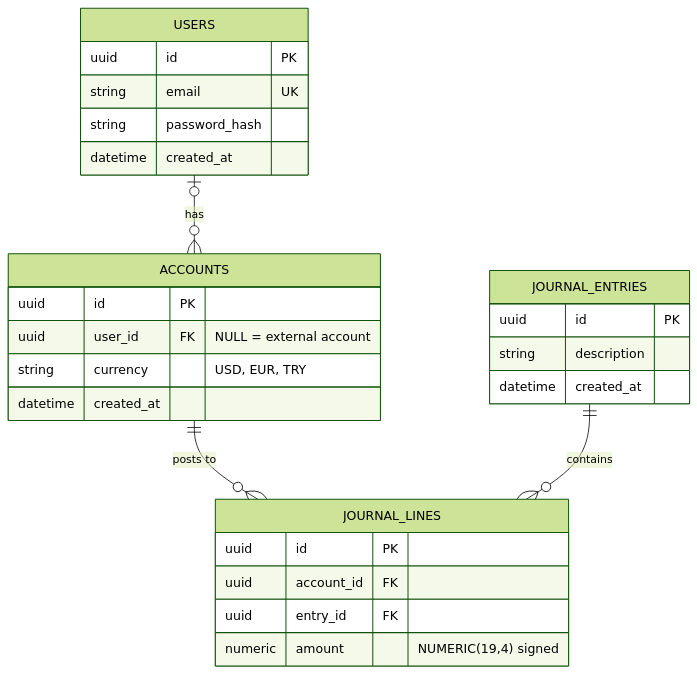
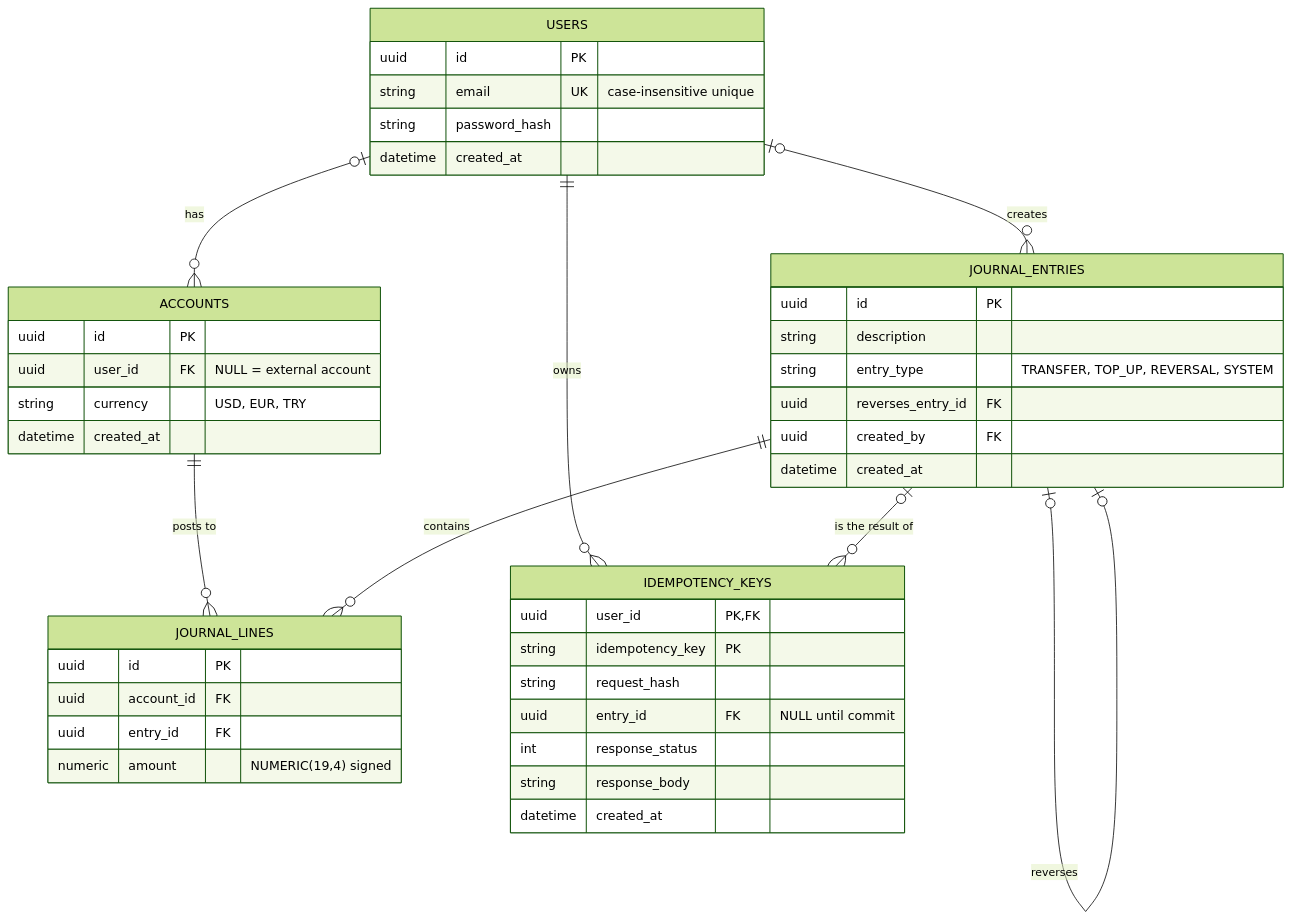
One commit to Sametkorkmazz/wallet-ledger changed the diagram in README.md. Above: the diagram before and after it, drawn with Mermaid (forest theme). The commit also changed other lines of this file and 1 other file, not shown here.

First line of the commit message:
docs: update README and ADR 2 for the V5 schema (#72)

````diff
--- a/README.md
+++ b/README.md
@@ -90,31 +94,46 @@
 ```mermaid
-
 erDiagram
-    USERS |o--o{ ACCOUNTS: has
-    ACCOUNTS ||--o{ JOURNAL_LINES: "posts to"
-    JOURNAL_ENTRIES ||--o{ JOURNAL_LINES: contains
+    USERS |o--o{ ACCOUNTS : has
+    ACCOUNTS ||--o{ JOURNAL_LINES : "posts to"
+    JOURNAL_ENTRIES ||--o{ JOURNAL_LINES : contains
+    JOURNAL_ENTRIES |o--o| JOURNAL_ENTRIES : reverses
+    USERS |o--o{ JOURNAL_ENTRIES : creates
+    USERS ||--o{ IDEMPOTENCY_KEYS : owns
+    JOURNAL_ENTRIES |o--o{ IDEMPOTENCY_KEYS : "is the result of"
     USERS {
         uuid id PK
-        string email UK
+        string email UK "case-insensitive unique"
         string password_hash
         datetime created_at
     }
     ACCOUNTS {
         uuid id PK
         uuid user_id FK "NULL = external account"
         string currency "USD, EUR, TRY"
         datetime created_at
     }
     JOURNAL_ENTRIES {
         uuid id PK
         string description
+        string entry_type "TRANSFER, TOP_UP, REVERSAL, SYSTEM"
+        uuid reverses_entry_id FK
+        uuid created_by FK
         datetime created_at
     }
     JOURNAL_LINES {
         uuid id PK
         uuid account_id FK
         uuid entry_id FK
         numeric amount "NUMERIC(19,4) signed"
     }
-    
+    IDEMPOTENCY_KEYS {
+        uuid user_id PK, FK
+        string idempotency_key PK
+        string request_hash
+        uuid entry_id FK "NULL until commit"
+        int response_status
+        string response_body
+        datetime created_at
+    }
+
 ```
````
